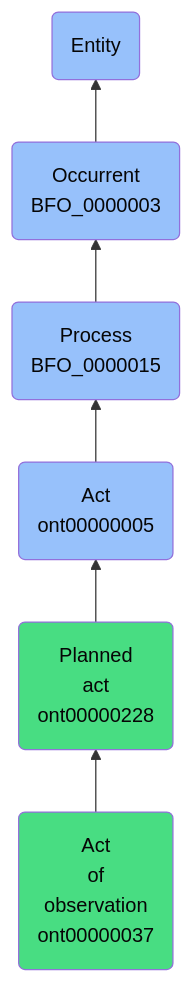
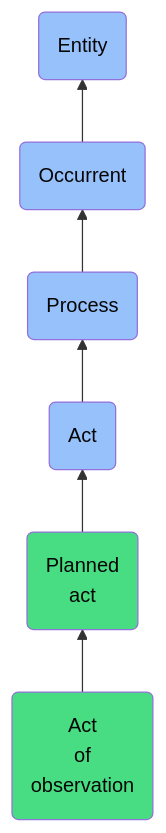
Before and after one commit to jupyter-naas/abi: the diagram in docs/ontology/reference/model/Entity/Occurrent/Process/Act/Planned act/Act of observation/Act of observation.md, drawn with Mermaid. The commit also changed other lines of this file and 1430 other files, not shown here.

````diff
--- a/docs/ontology/reference/model/Entity/Occurrent/Process/Act/Planned act/Act of observation/Act of observation.md
+++ b/docs/ontology/reference/model/Entity/Occurrent/Process/Act/Planned act/Act of observation/Act of observation.md
@@ -24,13 +24,13 @@
 ```mermaid
 graph BT
-    ont00000037(Act<br>of<br>observation<br>ont00000037):::ABI-->ont00000228
-    ont00000228(Planned<br>act<br>ont00000228):::ABI-->ont00000005
-    ont00000005(Act<br>ont00000005):::BFO-->BFO_0000015
-    BFO_0000015(Process<br>BFO_0000015):::BFO-->BFO_0000003
-    BFO_0000003(Occurrent<br>BFO_0000003):::BFO-->BFO_0000001
+    ont00000037(Act<br>of<br>observation):::ABI-->ont00000228
+    ont00000228(Planned<br>act):::ABI-->ont00000005
+    ont00000005(Act):::BFO-->BFO_0000015
+    BFO_0000015(Process):::BFO-->BFO_0000003
+    BFO_0000003(Occurrent):::BFO-->BFO_0000001
     BFO_0000001(Entity):::BFO
     
     classDef BFO fill:#97c1fb,color:#060606
     classDef CCO fill:#e4c51e,color:#060606
     classDef ABI fill:#48DD82,color:#060606
 ```
````
